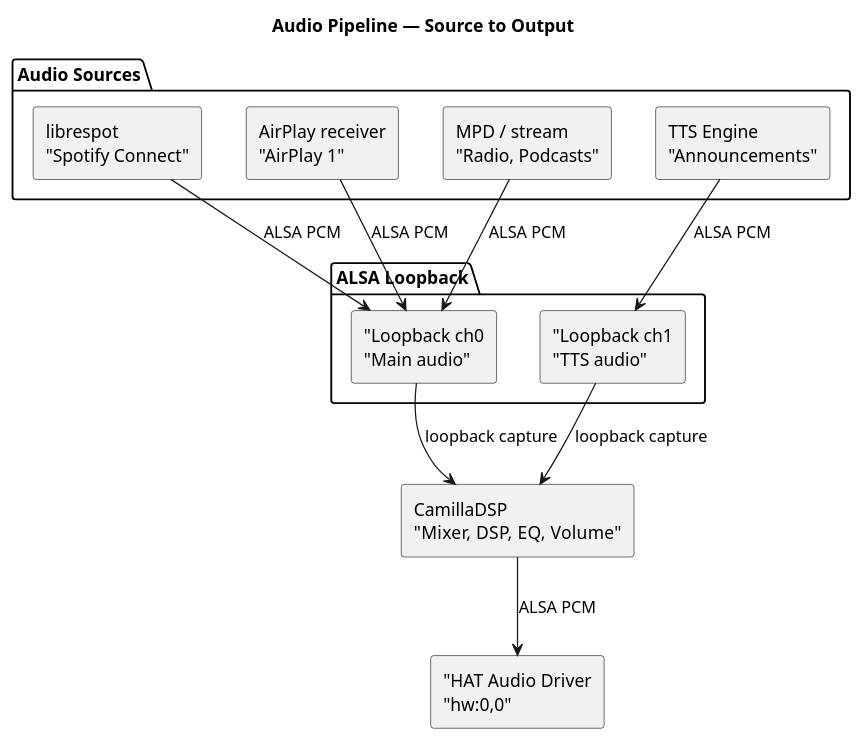
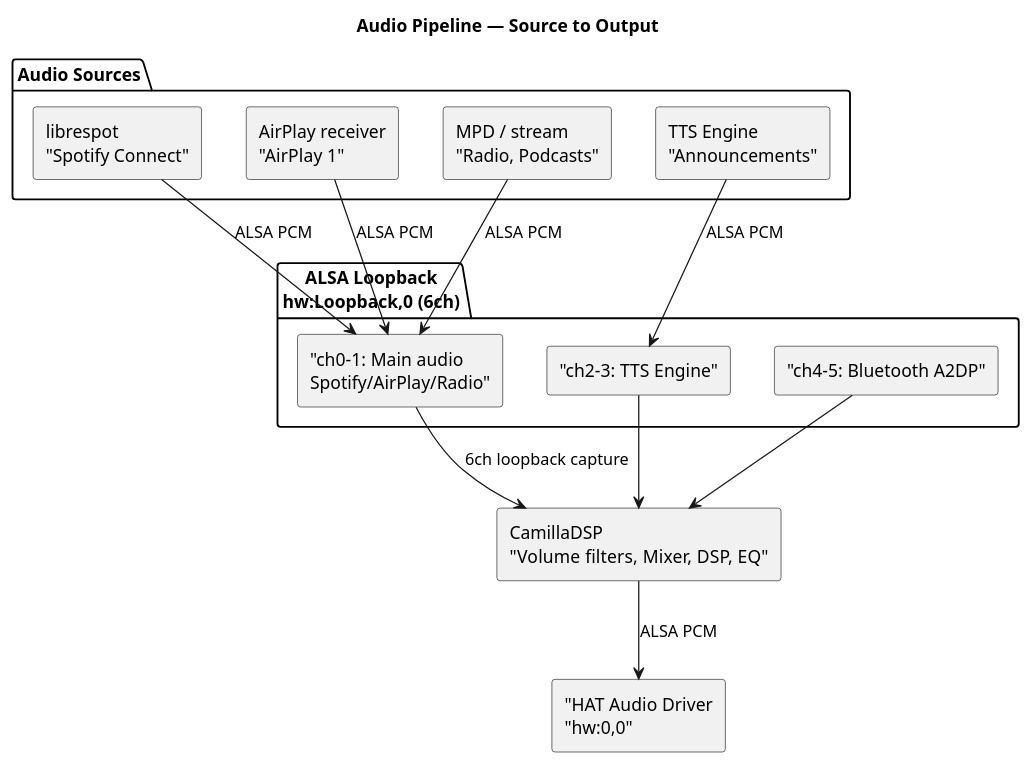
The diagram in docs/source/architecture/audio-player/index.rst (LydByDissing/kids-desktop-speaker), drawn with PlantUML before and after one commit. The commit also changed other lines of this file and 4 other files, not shown here.

First line of the commit message:
docs: confirm 6-channel loopback architecture for per-source volume

```diff
--- a/docs/source/architecture/audio-player/index.rst
+++ b/docs/source/architecture/audio-player/index.rst
@@ -123,36 +123,38 @@
 .. plantuml::
    :caption: Audio Pipeline — Source to Output
    :name: fig-audio-pipeline
 
    @startuml
    skinparam componentStyle rectangle
    skinparam backgroundColor white
 
    title Audio Pipeline — Source to Output
 
    package "Audio Sources" as sources {
        component [librespot\n"Spotify Connect"] as spotify
        component [AirPlay receiver\n"AirPlay 1"] as airplay
        component [MPD / stream\n"Radio, Podcasts"] as mpd
        component [TTS Engine\n"Announcements"] as tts
    }
 
-   package "ALSA Loopback" as loopback {
-       component ["Loopback ch0\n"Main audio"] as ch0
-       component ["Loopback ch1\n"TTS audio"] as ch1
+   package "ALSA Loopback\nhw:Loopback,0 (6ch)" as loopback {
+       component ["ch0-1: Main audio\nSpotify/AirPlay/Radio"] as ch0
+       component ["ch2-3: TTS Engine"] as ch1
+       component ["ch4-5: Bluetooth A2DP"] as ch2
    }
 
-   component [CamillaDSP\n"Mixer, DSP, EQ, Volume"] as dsp
+   component [CamillaDSP\n"Volume filters, Mixer, DSP, EQ"] as dsp
    component ["HAT Audio Driver\n"hw:0,0"] as hat
 
    spotify --> ch0 : ALSA PCM
    airplay --> ch0 : ALSA PCM
    mpd --> ch0 : ALSA PCM
    tts --> ch1 : ALSA PCM
 
-   ch0 --> dsp : loopback capture
-   ch1 --> dsp : loopback capture
+   ch0 --> dsp : 6ch loopback capture
+   ch1 --> dsp
+   ch2 --> dsp
 
    dsp --> hat : ALSA PCM
 
    @enduml
```
